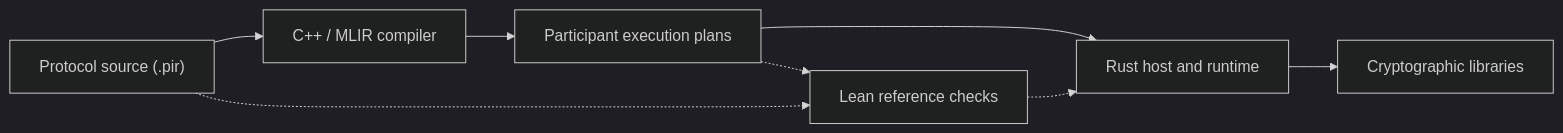
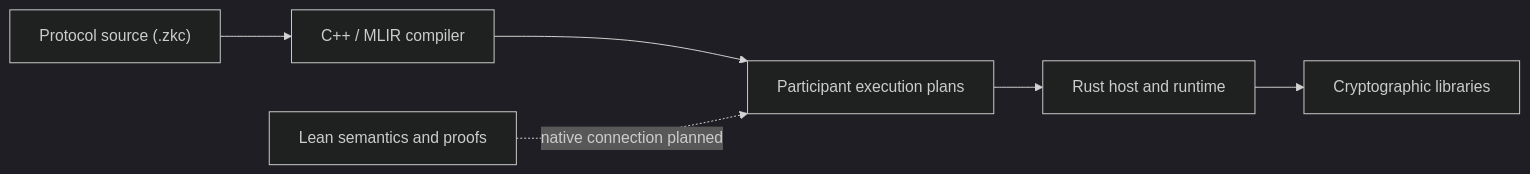
One commit to zkcompiler/zkc changed the diagram in README.md. Above: the diagram before and after it, drawn with Mermaid (dark theme). The commit also changed other lines of this file and 30 other files, not shown here.

````diff
--- a/README.md
+++ b/README.md
@@ -79,10 +64,8 @@
 ```mermaid
 flowchart LR
-    source["Protocol source (.pir)"] --> compiler["C++ / MLIR compiler"]
+    source["Protocol source (.zkc)"] --> compiler["C++ / MLIR compiler"]
     compiler --> plans["Participant execution plans"]
     plans --> runtime["Rust host and runtime"]
     runtime --> backends["Cryptographic libraries"]
-    source -.-> checks["Lean reference checks"]
-    plans -.-> checks
-    checks -.-> runtime
+    formal["Lean semantics and proofs"] -. "native connection planned" .-> plans
 ```
````
